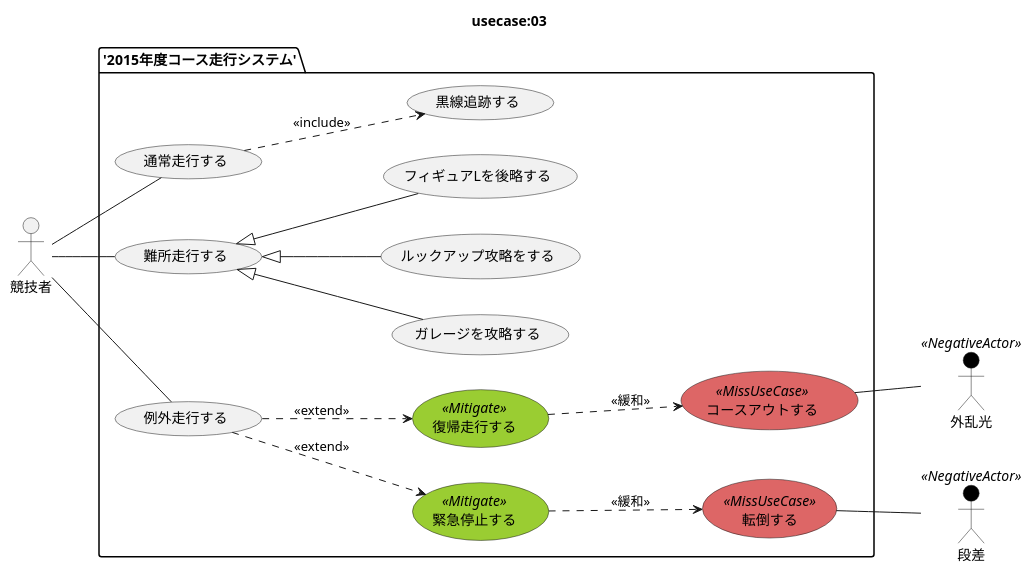
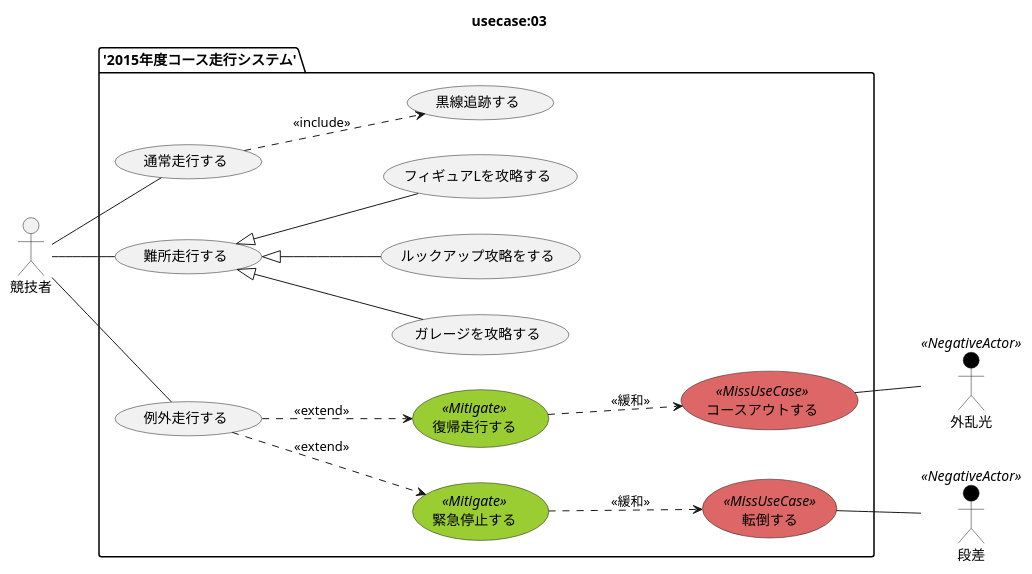
One commit to SLP-KBIT/ETR2015 changed the diagram in diagram/usecase/03/usecase.pu. Above: the diagram before and after it, drawn with PlantUML.

Commit message:
(maxmellon:01:usecase) fix typo of usecase ver 0.3

```diff
--- a/diagram/usecase/03/usecase.pu
+++ b/diagram/usecase/03/usecase.pu
@@ -1,59 +1,59 @@
 @startuml usecase.png
 
 title usecase:03 
 
 actor 競技者 as user
 
 left to right direction
 
 skinparam usecase {
   BackgroundColor<<MissUseCase>> #DD6666
   BackgroundColor<<Mitigate>> YellowGreen
 }
 
 skinparam actor {
   BackgroundColor<<NegativeActor>> Black
 }
 
 actor 外乱光 as noise <<NegativeActor>>
 actor 段差   as ramp  <<NegativeActor>>
 
 package '2015年度コース走行システム' {
 
   usecase 通常走行する            as normal
   usecase 難所走行する            as different
   usecase 例外走行する            as exception
 
   usecase 黒線追跡する            as line
   usecase ガレージを攻略する      as grage
   usecase ルックアップ攻略をする  as lookup
-  usecase フィギュアLを後略する   as figureL
+  usecase フィギュアLを攻略する   as figureL
 
   usecase 復帰走行する            as return <<Mitigate>>
   usecase 緊急停止する            as stop   <<Mitigate>>
 
   usecase コースアウトする        as courseout <<MissUseCase>>
   usecase 転倒する                as falling   <<MissUseCase>>
 
   user -- normal
   user -- different
   user -- exception
 
   normal ..> line : <<include>>
 
   different <|-- grage
   different <|-- lookup
   different <|-- figureL
 
   exception ..> return : <<extend>>
   exception ..> stop   : <<extend>>
 
   return ..> courseout : <<緩和>>
   stop ..> falling  : <<緩和>>
 
   courseout -- noise
   falling  -- ramp
 
 }
 
 @enduml
```
